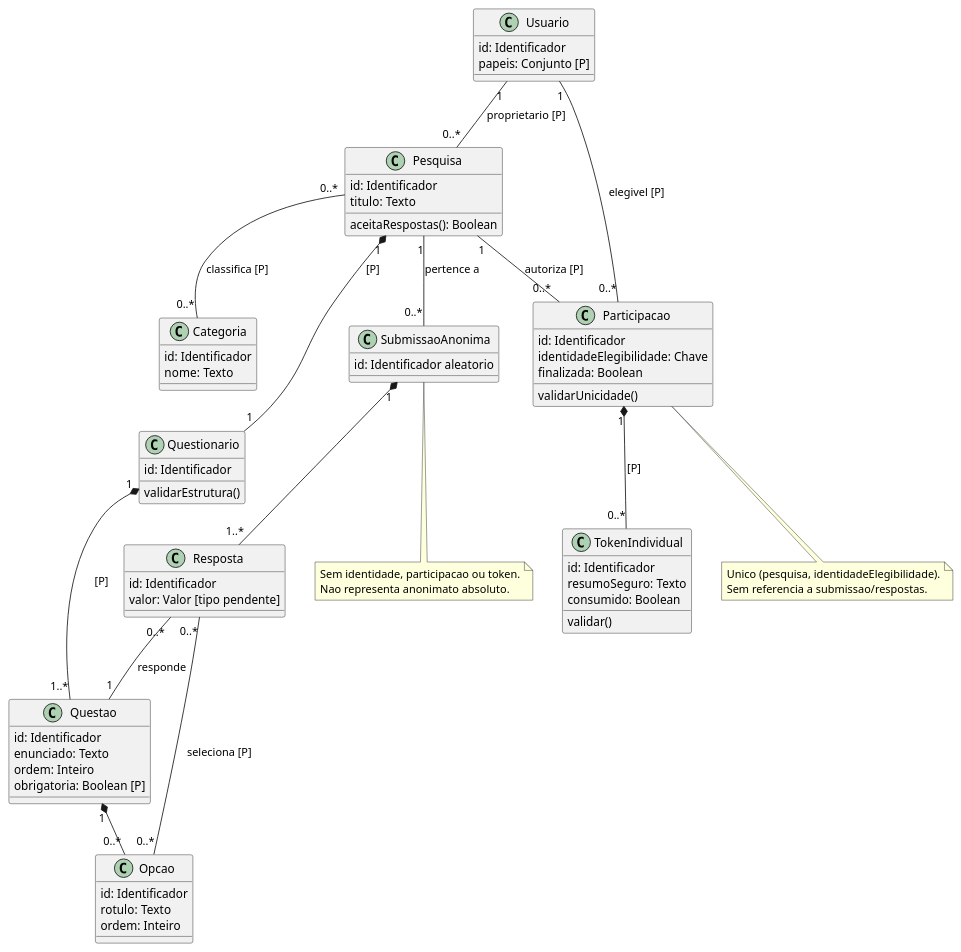
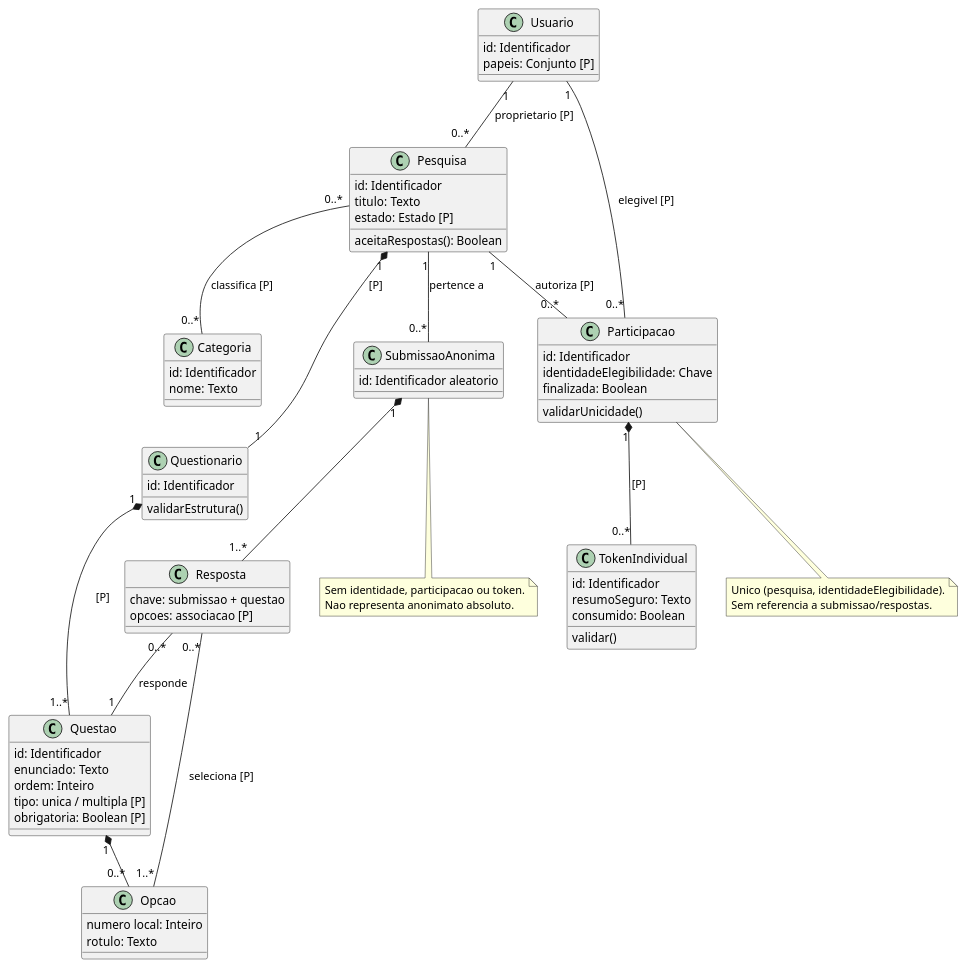
The second of 3 diagrams in 2026-2/engenharia-software/modelagem-uml/especificacao.md (Fatec-Extensao/pi-ads-2026-1-bispo), drawn with PlantUML before and after one commit. The commit also changed other lines of this file and 6 other files, not shown here.

Commit message:
docs(es): alinhar UML e rastreabilidade ao prototipo SQL

````diff
--- a/2026-2/engenharia-software/modelagem-uml/especificacao.md
+++ b/2026-2/engenharia-software/modelagem-uml/especificacao.md
@@ -99,71 +101,72 @@
 ```plantuml
 @startuml
 class Usuario {
   id: Identificador
   papeis: Conjunto [P]
 }
 class Pesquisa {
   id: Identificador
   titulo: Texto
+  estado: Estado [P]
   aceitaRespostas(): Boolean
 }
 class Categoria {
   id: Identificador
   nome: Texto
 }
 class Questionario {
   id: Identificador
   validarEstrutura()
 }
 class Questao {
   id: Identificador
   enunciado: Texto
   ordem: Inteiro
+  tipo: unica / multipla [P]
   obrigatoria: Boolean [P]
 }
 class Opcao {
-  id: Identificador
+  numero local: Inteiro
   rotulo: Texto
-  ordem: Inteiro
 }
 class Participacao {
   id: Identificador
   identidadeElegibilidade: Chave
   finalizada: Boolean
   validarUnicidade()
 }
 class TokenIndividual {
   id: Identificador
   resumoSeguro: Texto
   consumido: Boolean
   validar()
 }
 class SubmissaoAnonima {
   id: Identificador aleatorio
 }
 class Resposta {
-  id: Identificador
-  valor: Valor [tipo pendente]
+  chave: submissao + questao
+  opcoes: associacao [P]
 }
 Usuario "1" -- "0..*" Pesquisa : proprietario [P]
 Usuario "1" -- "0..*" Participacao : elegivel [P]
 Pesquisa "1" -- "0..*" Participacao : autoriza [P]
 Participacao "1" *-- "0..*" TokenIndividual : [P]
 Pesquisa "0..*" -- "0..*" Categoria : classifica [P]
 Pesquisa "1" *-- "1" Questionario : [P]
 Questionario "1" *-- "1..*" Questao : [P]
 Questao "1" *-- "0..*" Opcao
 Pesquisa "1" -- "0..*" SubmissaoAnonima : pertence a
 SubmissaoAnonima "1" *-- "1..*" Resposta
 Resposta "0..*" -- "1" Questao : responde
-Resposta "0..*" -- "0..*" Opcao : seleciona [P]
+Resposta "0..*" -- "1..*" Opcao : seleciona [P]
 note bottom of Participacao
   Unico (pesquisa, identidadeElegibilidade).
   Sem referencia a submissao/respostas.
 end note
 note bottom of SubmissaoAnonima
   Sem identidade, participacao ou token.
   Nao representa anonimato absoluto.
 end note
 @enduml
 ```
````
